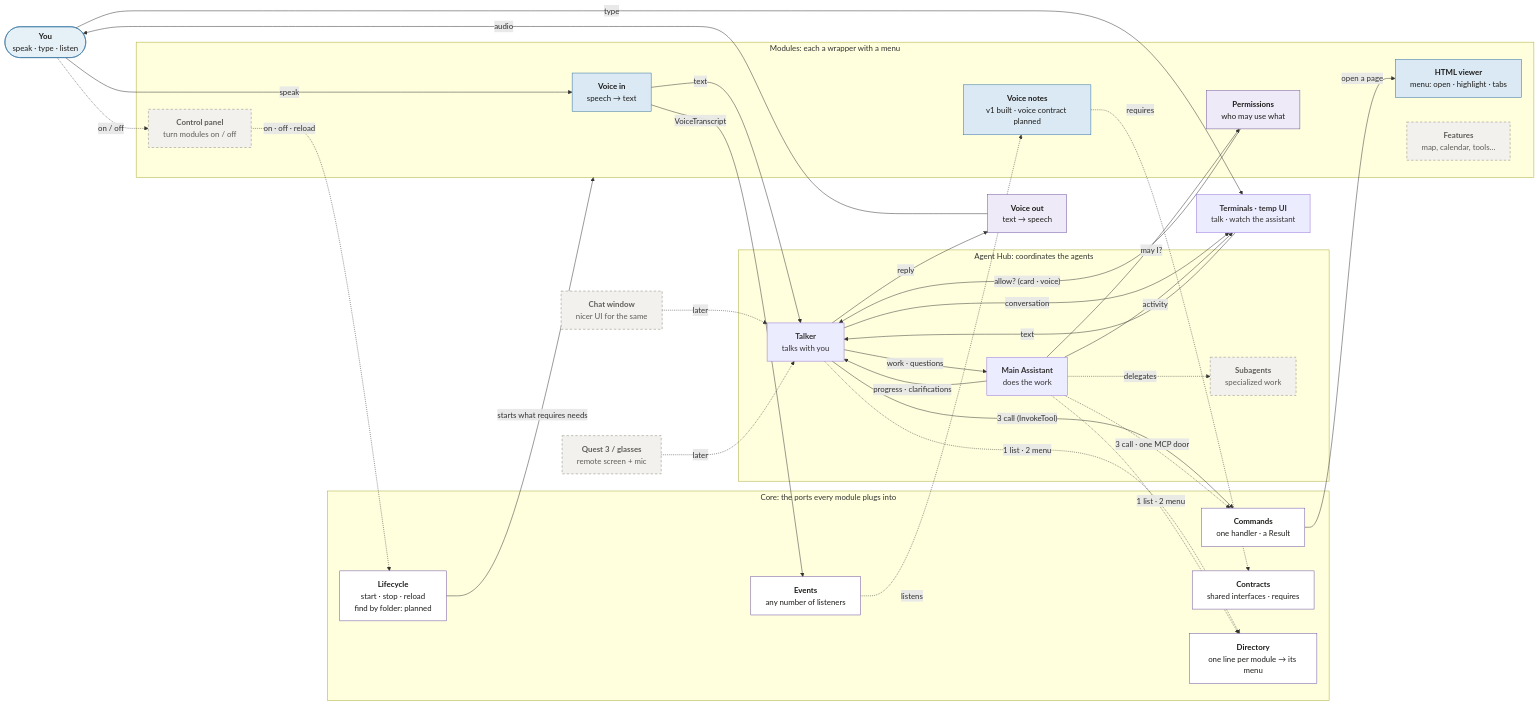
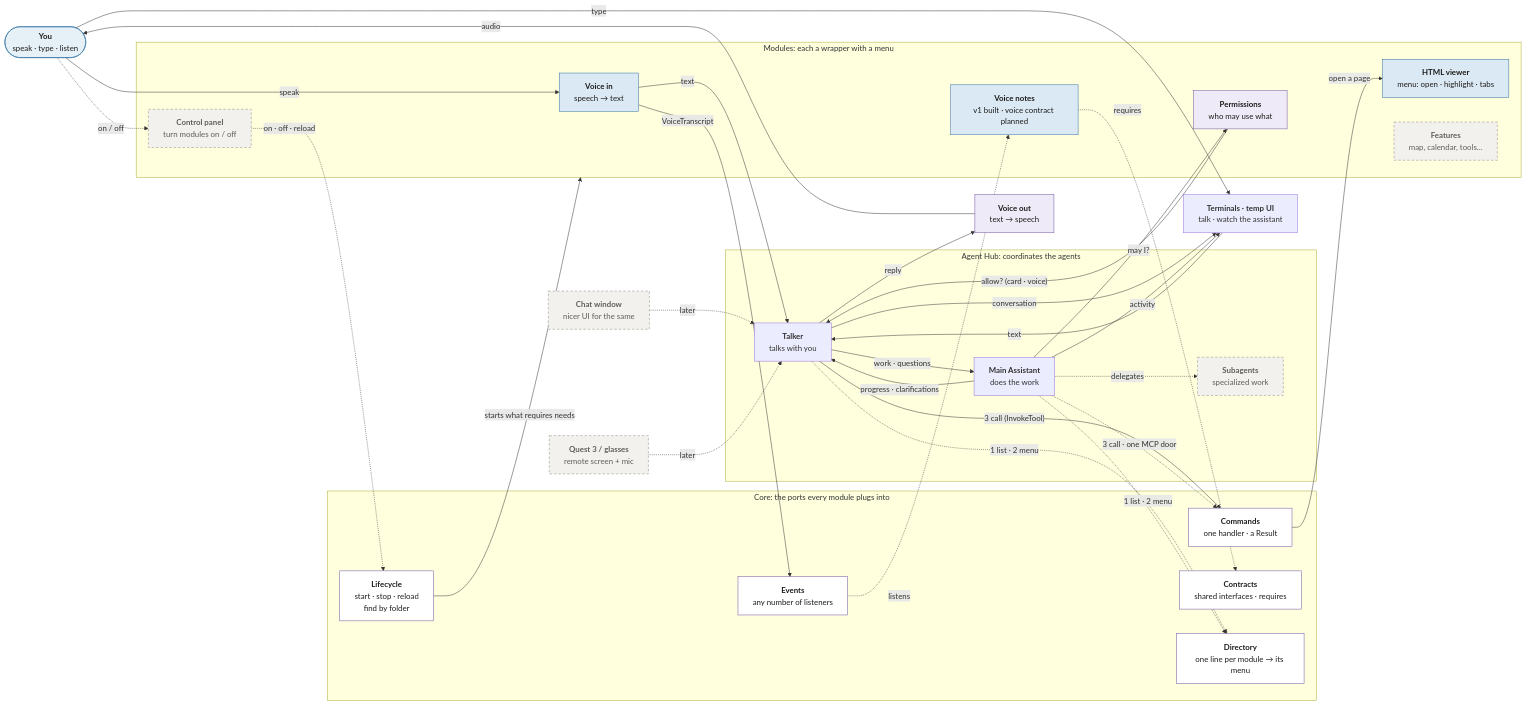
One commit to sharramon/AI_Assistant changed the diagram in docs/architecture/README.md. Above: the diagram before and after it, drawn with Mermaid. The commit also changed other lines of this file and 23 other files, not shown here.

Commit message:
Module system, chunk 4: modules found by folder (find_modules; the MODULES list goes)

````diff
--- a/docs/architecture/README.md
+++ b/docs/architecture/README.md
@@ -9,69 +9,69 @@
 ```mermaid
 flowchart LR
     You(["<b>You</b><br/>speak · type · listen"])
     Term["<b>Terminals · temp UI</b><br/>talk · watch the assistant"]
     Window["<b>Chat window</b><br/>nicer UI for the same"]
     Quest["<b>Quest 3 / glasses</b><br/>remote screen + mic"]
     VoiceOut["<b>Voice out</b><br/>text → speech"]
 
     subgraph Hub["Agent Hub: coordinates the agents"]
         Talker["<b>Talker</b><br/>talks with you"]
         Main["<b>Main Assistant</b><br/>does the work"]
         Subs["<b>Subagents</b><br/>specialized work"]
         Talker -- work · questions --> Main
         Main -- progress · clarifications --> Talker
         Main -. delegates .-> Subs
     end
 
     subgraph Core["Core: the ports every module plugs into"]
-        Life["<b>Lifecycle</b><br/>start · stop · reload<br/>find by folder: planned"]
+        Life["<b>Lifecycle</b><br/>start · stop · reload<br/>find by folder"]
         Cmds["<b>Commands</b><br/>one handler · a Result"]
         Events["<b>Events</b><br/>any number of listeners"]
         Contracts["<b>Contracts</b><br/>shared interfaces · requires"]
         Dir["<b>Directory</b><br/>one line per module → its menu"]
     end
 
     subgraph Mods["Modules: each a wrapper with a menu"]
         VoiceIn["<b>Voice in</b><br/>speech → text"]
         Viewer["<b>HTML viewer</b><br/>menu: open · highlight · tabs"]
         Notes["<b>Voice notes</b><br/>v1 built · voice contract planned"]
         Perms["<b>Permissions</b><br/>who may use what"]
         Control["<b>Control panel</b><br/>turn modules on / off"]
         Features["<b>Features</b><br/>map, calendar, tools…"]
     end
 
     You -- speak --> VoiceIn
     You -- type --> Term
     VoiceIn -- text --> Talker
     Term -- text --> Talker
     Talker -- conversation --> Term
     Main -- activity --> Term
     Talker -- reply --> VoiceOut
     VoiceOut -- audio --> You
     Window -. later .-> Talker
     Quest -. later .-> Talker
     Talker -. "1 list · 2 menu" .-> Dir
     Main -. "1 list · 2 menu" .-> Dir
     Talker -- "3 call (InvokeTool)" --> Cmds
     Main -. "3 call · one MCP door" .-> Cmds
     Cmds -- "open a page" --> Viewer
     VoiceIn -- VoiceTranscript --> Events
     Events -. listens .-> Notes
     Notes -. requires .-> Contracts
     Main -- "may I?" --> Perms
     Perms -- "allow? (card · voice)" --> Talker
     You -. on / off .-> Control
     Control -. "on · off · reload" .-> Life
     Life -- "starts what requires needs" --> Mods
 
     classDef planned fill:#efeaf7,stroke:#6b4fa0,color:#1d1d1b
     classDef person fill:#e6f0f7,stroke:#2f6f9f,color:#1d1d1b
     classDef later fill:#f2f1ee,stroke:#8a877c,stroke-dasharray:5 4,color:#5f5e58
     classDef port fill:#ffffff,stroke:#6b4fa0,color:#1d1d1b
     classDef module fill:#dbe9f4,stroke:#2f6f9f,color:#1d1d1b
     class Life,Cmds,Events,Contracts,Dir port
     class VoiceIn,Viewer,Notes module
     class VoiceOut,Perms planned
     class You person
     class Window,Quest,Subs,Control,Features later
 ```
````
